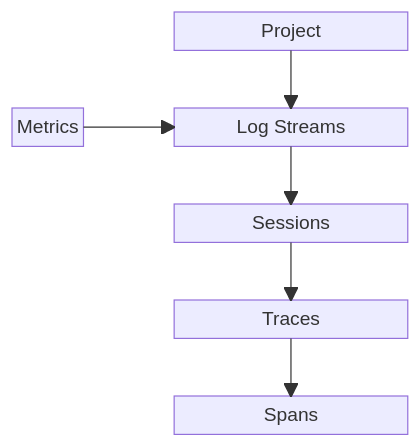
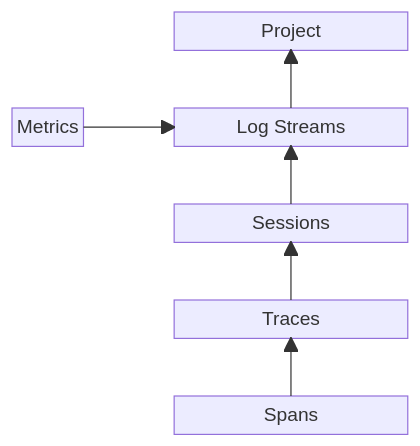
Before and after one commit to rungalileo/docs-official: the first of 2 diagrams in sdk-api/logging/logging-basics.mdx, drawn with Mermaid. The commit also changed other lines of this file and 13 other files, not shown here.

````diff
--- a/sdk-api/logging/logging-basics.mdx
+++ b/sdk-api/logging/logging-basics.mdx
@@ -29,19 +31,19 @@
 ```mermaid
 block-beta
     columns 5
     space:2 Project:3
     space:5
     Metrics space LogStreams["Log Streams"]:3 
     space:5
     space:2 Sessions:3
     space:5
     space:2 Traces:3
     space:5
     space:2 Spans:3
     
-    Project --> LogStreams
+    LogStreams --> Project
     Metrics --> LogStreams
-    LogStreams --> Sessions
-    Sessions --> Traces
-    Traces --> Spans
+    Sessions --> LogStreams
+    Traces --> Sessions
+    Spans --> Traces
 ```
````
